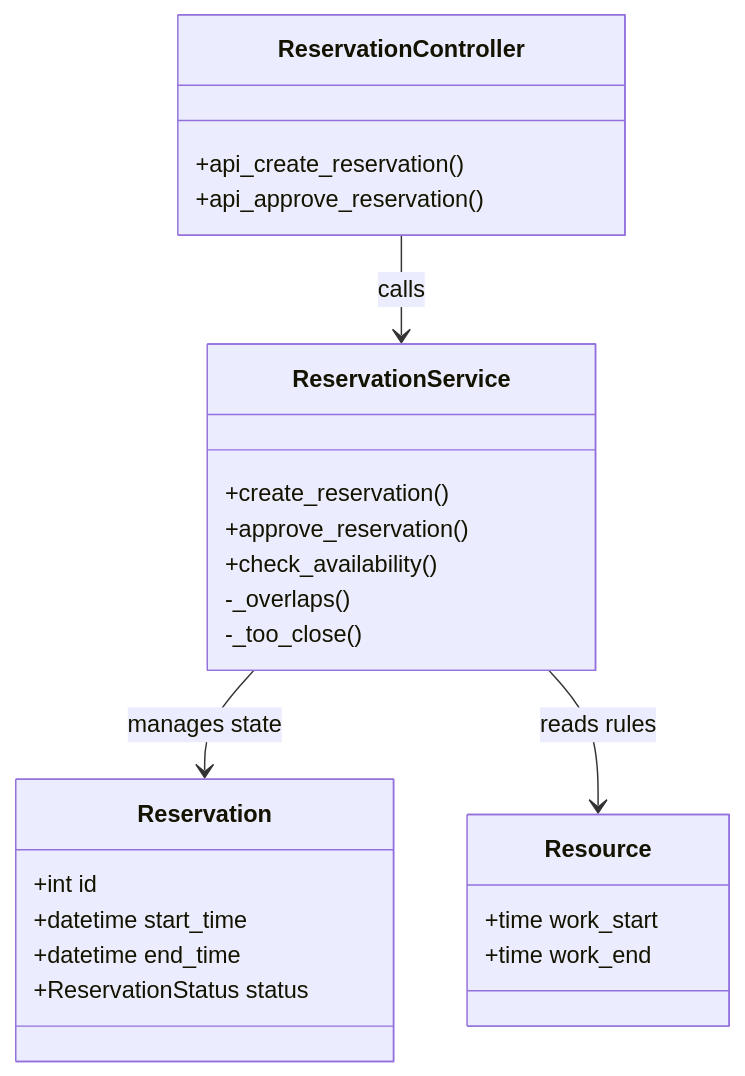
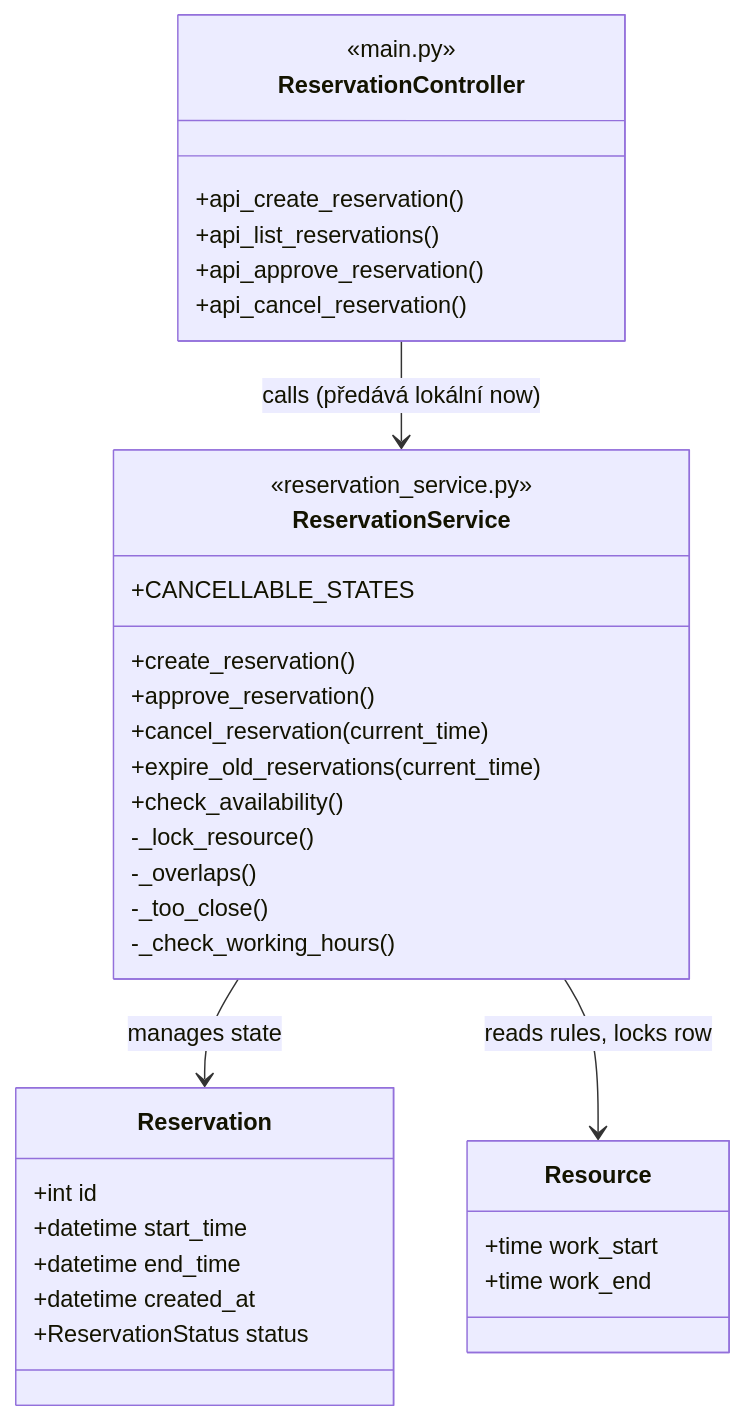
Before and after one commit to Eve-linnx/tattoo_reservation_system: the fifth of 5 diagrams in docs/architecture-and-decisions.md, drawn with Mermaid. The commit also changed other lines of this file and 7 other files, not shown here.

````diff
--- a/docs/architecture-and-decisions.md
+++ b/docs/architecture-and-decisions.md
@@ -359,27 +415,37 @@
 ```mermaid
 classDiagram
     class ReservationController {
+        <<main.py>>
         +api_create_reservation()
+        +api_list_reservations()
         +api_approve_reservation()
+        +api_cancel_reservation()
     }
     class ReservationService {
+        <<reservation_service.py>>
+        +CANCELLABLE_STATES
         +create_reservation()
         +approve_reservation()
+        +cancel_reservation(current_time)
+        +expire_old_reservations(current_time)
         +check_availability()
+        -_lock_resource()
         -_overlaps()
         -_too_close()
+        -_check_working_hours()
     }
     class Reservation {
         +int id
         +datetime start_time
         +datetime end_time
+        +datetime created_at
         +ReservationStatus status
     }
     class Resource {
         +time work_start
         +time work_end
     }
-    ReservationController --> ReservationService : calls
+    ReservationController --> ReservationService : calls (předává lokální now)
     ReservationService --> Reservation : manages state
-    ReservationService --> Resource : reads rules
+    ReservationService --> Resource : reads rules, locks row
 ```
````
